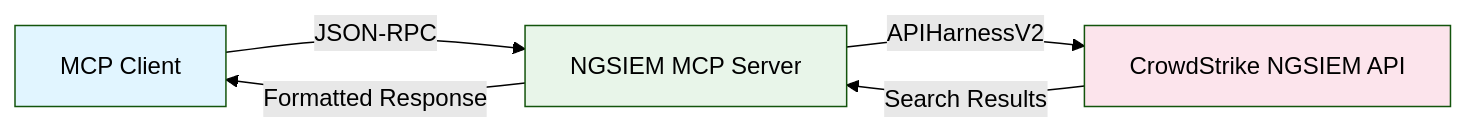
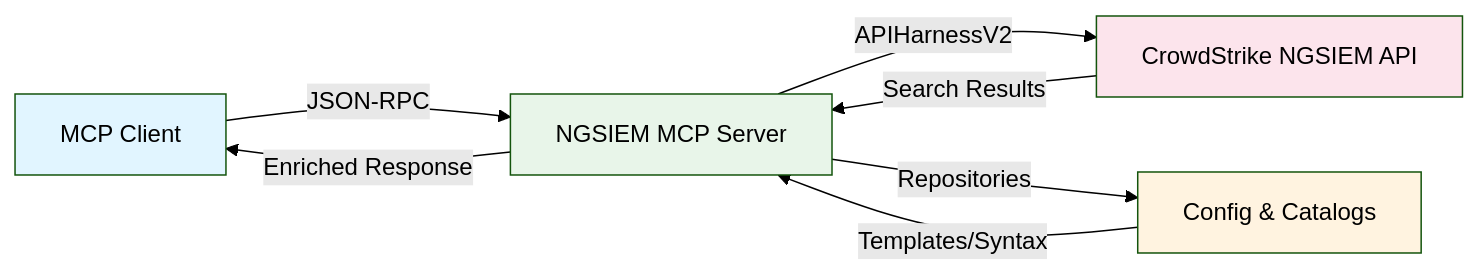
One commit to rodkinal/cs-ngsiem-mcp changed the first of 8 diagrams in README.md. Above: the diagram before and after it, drawn with Mermaid (forest theme). The commit also changed other lines of this file and 2 other files, not shown here.

````diff
--- a/README.md
+++ b/README.md
@@ -9,11 +9,14 @@
 ```mermaid
 graph LR
     A[MCP Client] -->|JSON-RPC| B[NGSIEM MCP Server]
     B -->|APIHarnessV2| C[CrowdStrike NGSIEM API]
+    B -->|Repositories| D[Config & Catalogs]
     C -->|Search Results| B
-    B -->|Formatted Response| A
+    D -->|Templates/Syntax| B
+    B -->|Enriched Response| A
     
     style A fill:#e1f5ff
     style B fill:#e8f5e9
     style C fill:#fce4ec
+    style D fill:#fff3e0
 ```
````
